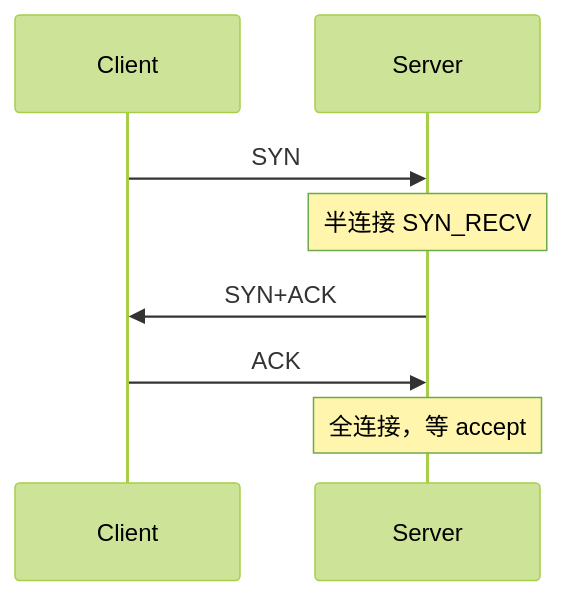
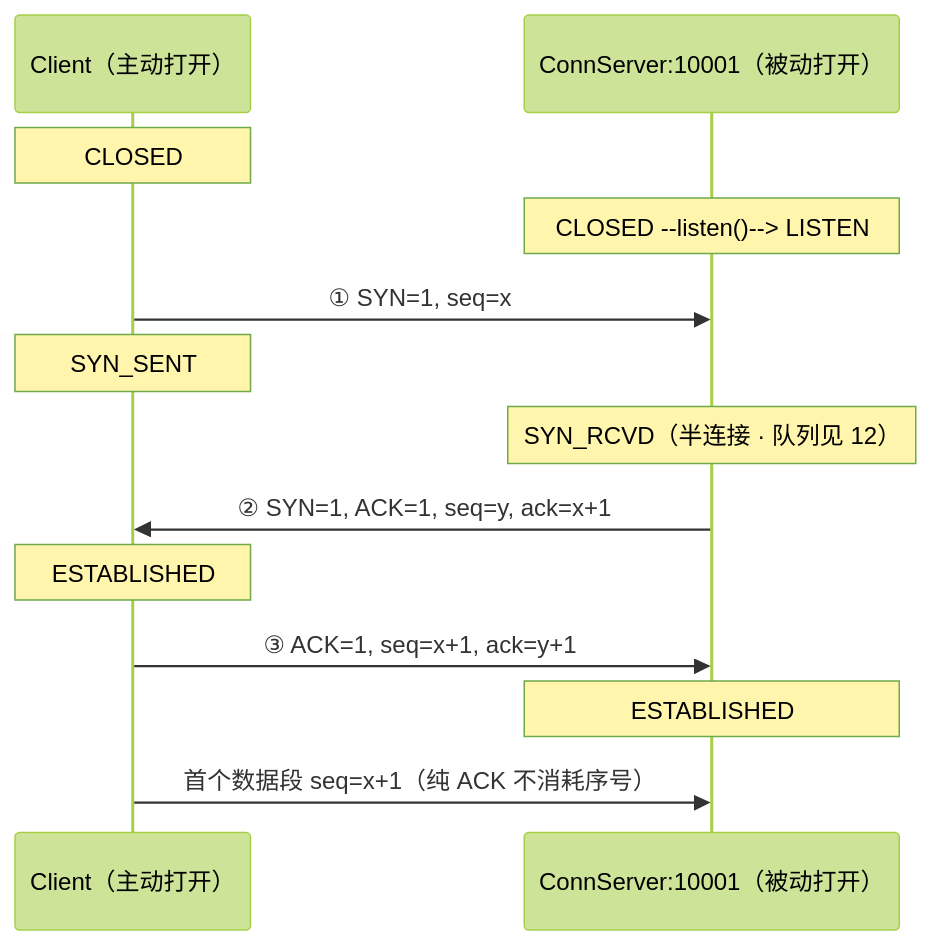
The first of 5 diagrams in 01-基础底座/13-TCP与UDP/练习题.md (ml-cuizijun/LearnToLilith), drawn with Mermaid (forest theme) before and after one commit. The commit also changed other lines of this file and 470 other files, not shown here.

````diff
--- a/01-基础底座/13-TCP与UDP/练习题.md
+++ b/01-基础底座/13-TCP与UDP/练习题.md
@@ -47,10 +104,15 @@
 ```mermaid
 sequenceDiagram
-    participant C as Client
-    participant S as Server
-    C->>S: SYN
-    Note over S: 半连接 SYN_RECV
-    S->>C: SYN+ACK
-    C->>S: ACK
-    Note over S: 全连接，等 accept
+    participant C as Client（主动打开）
+    participant S as ConnServer:10001（被动打开）
+    Note over C: CLOSED
+    Note over S: CLOSED --listen()--> LISTEN
+    C->>S: ① SYN=1, seq=x
+    Note over C: SYN_SENT
+    Note over S: SYN_RCVD（半连接 · 队列见 12）
+    S->>C: ② SYN=1, ACK=1, seq=y, ack=x+1
+    Note over C: ESTABLISHED
+    C->>S: ③ ACK=1, seq=x+1, ack=y+1
+    Note over S: ESTABLISHED
+    C->>S: 首个数据段 seq=x+1（纯 ACK 不消耗序号）
 ```
````
